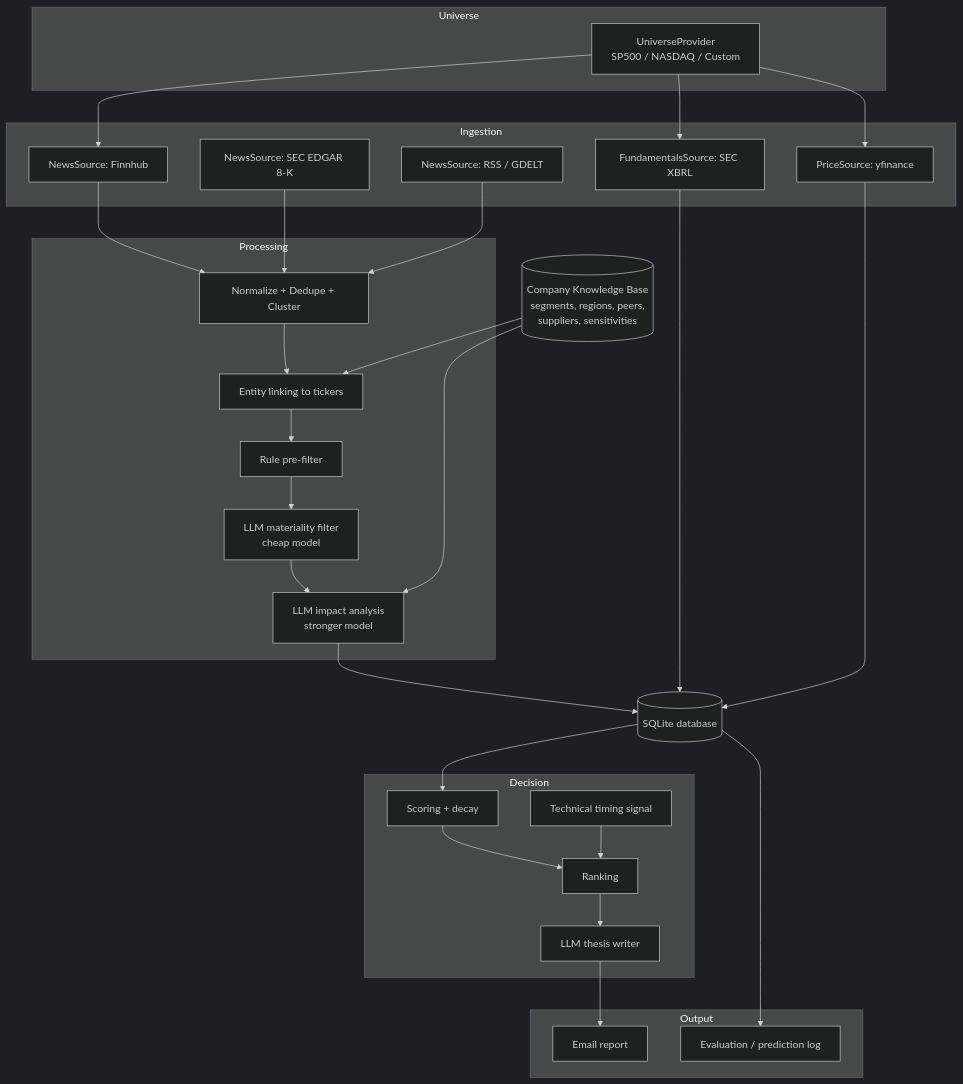
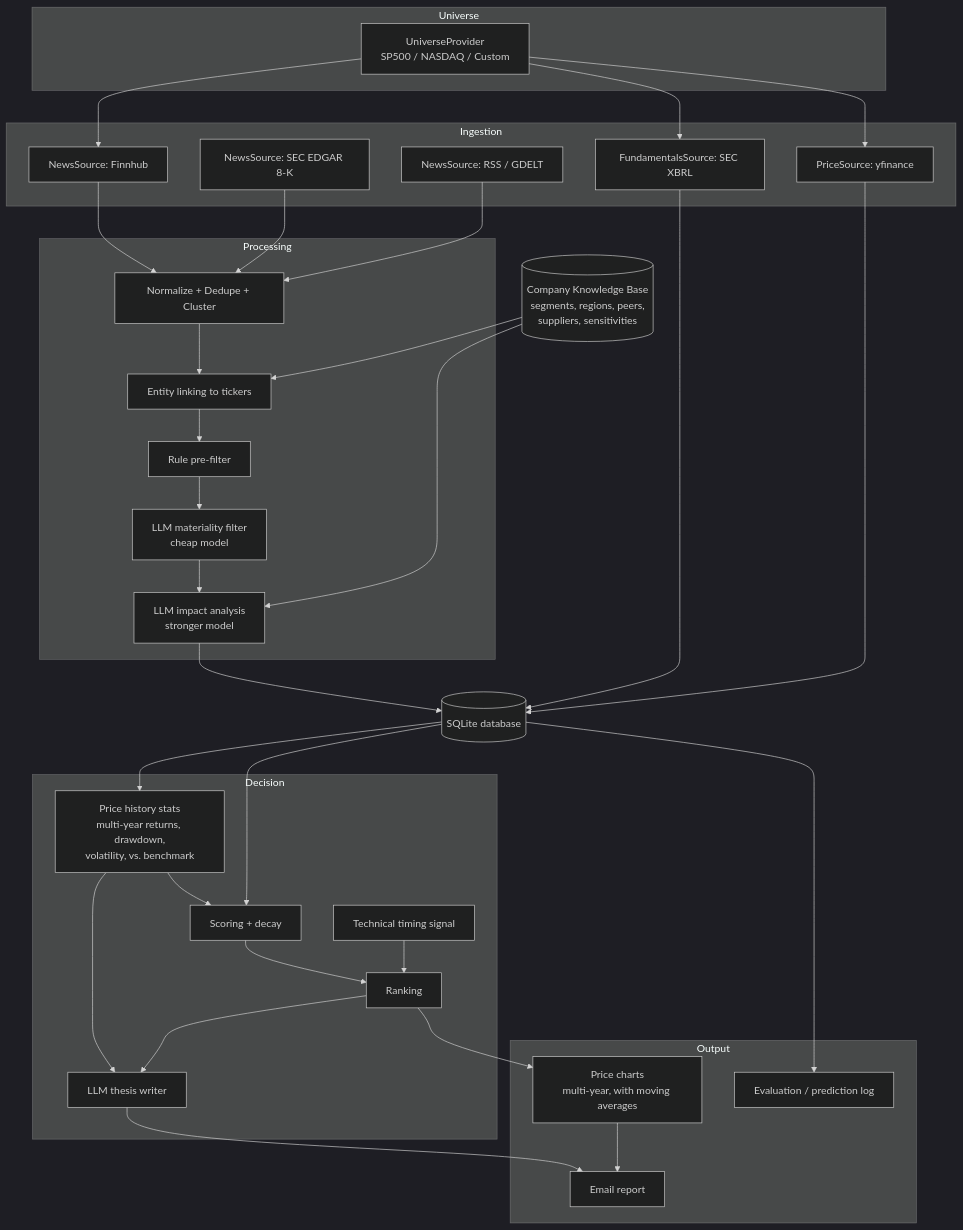
Before and after one commit to zxlgwu/Stock_Analysis_Script: the diagram in docs/DESIGN.md, drawn with Mermaid (dark theme). The commit also changed other lines of this file, not shown here.

Commit message:
Add multi-year price history and price charts to stock-agent report design

````diff
--- a/docs/DESIGN.md
+++ b/docs/DESIGN.md
@@ -35,48 +35,53 @@
 ```mermaid
 flowchart TB
     subgraph Universe
         U[UniverseProvider<br/>SP500 / NASDAQ / Custom]
     end
 
     subgraph Ingestion
         N1[NewsSource: Finnhub]
         N2[NewsSource: SEC EDGAR 8-K]
         N3[NewsSource: RSS / GDELT]
         F1[FundamentalsSource: SEC XBRL]
         P1[PriceSource: yfinance]
     end
 
     subgraph Processing
         D[Normalize + Dedupe + Cluster]
         L[Entity linking to tickers]
         R[Rule pre-filter]
         LF[LLM materiality filter<br/>cheap model]
         LA[LLM impact analysis<br/>stronger model]
     end
 
     KB[(Company Knowledge Base<br/>segments, regions, peers,<br/>suppliers, sensitivities)]
     DB[(SQLite database)]
 
     subgraph Decision
+        PS[Price history stats<br/>multi-year returns, drawdown,<br/>volatility, vs. benchmark]
         S[Scoring + decay]
         T[Technical timing signal]
         RK[Ranking]
         TH[LLM thesis writer]
     end
 
     subgraph Output
+        CH[Price charts<br/>multi-year, with moving averages]
         E[Email report]
         EV[Evaluation / prediction log]
     end
 
     U --> N1 & F1 & P1
     N1 & N2 & N3 --> D --> L --> R --> LF --> LA
     KB --> L
     KB --> LA
     LA --> DB
     F1 & P1 --> DB
+    DB --> PS
+    PS --> S & TH
     DB --> S --> RK
     T --> RK
     RK --> TH --> E
+    RK --> CH --> E
     DB --> EV
 ```
````
